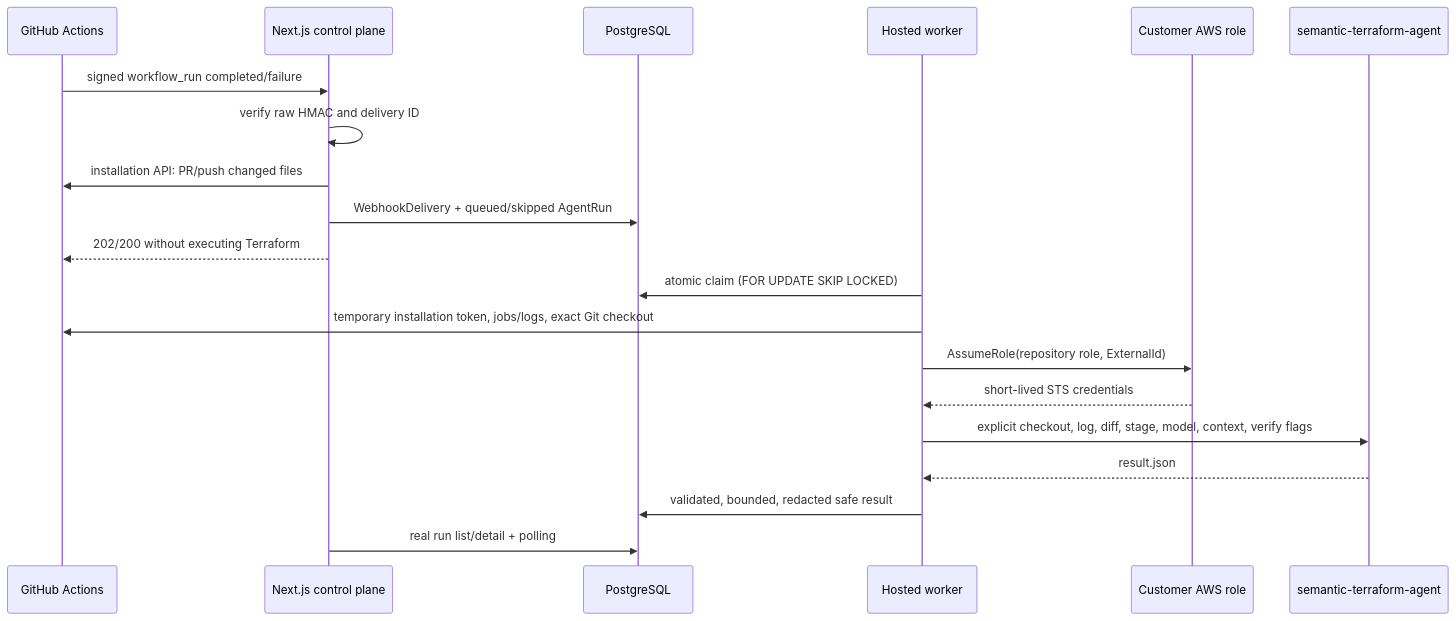
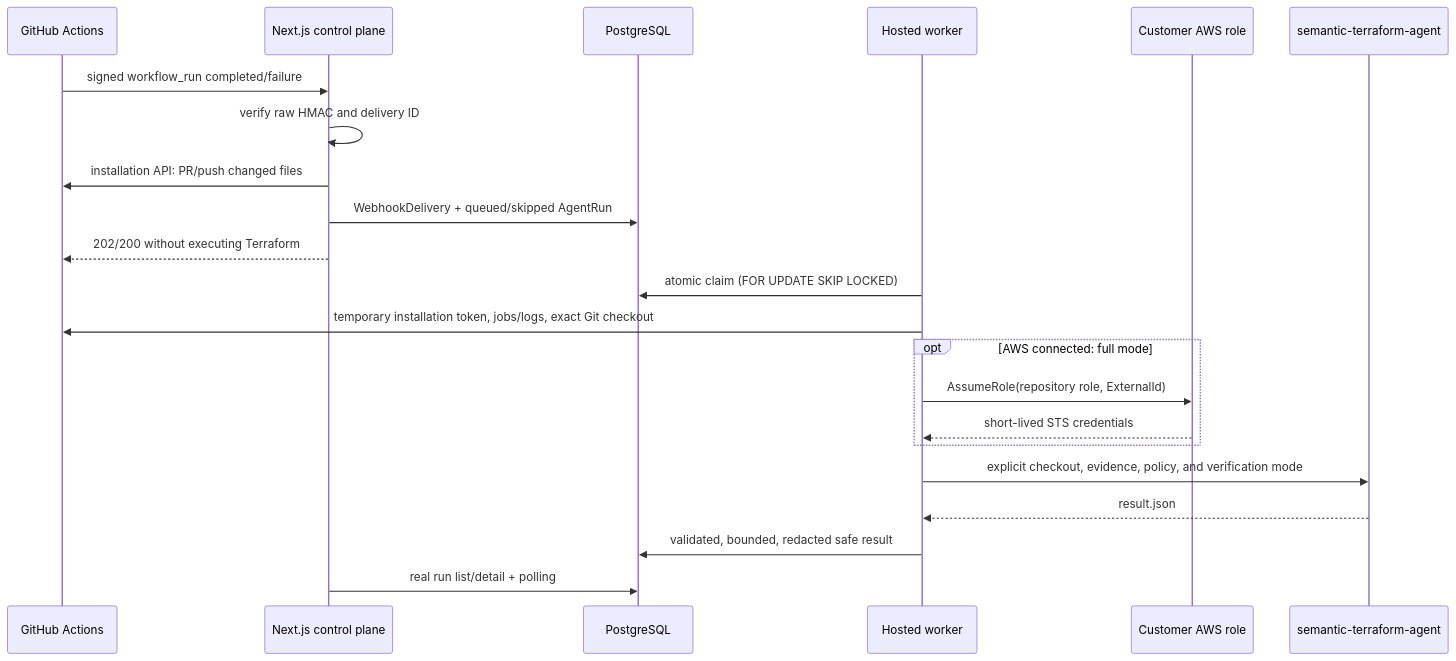
Before and after one commit to JalinaH/semantic-terraform-dashboard: the diagram in docs/hosted-agent-execution.md, drawn with Mermaid. The commit also changed other lines of this file and 58 other files, not shown here.

First line of the commit message:
feat: implement local verification mode and enhance patch application process

````diff
--- a/docs/hosted-agent-execution.md
+++ b/docs/hosted-agent-execution.md
@@ -5,23 +5,25 @@
 ```mermaid
 sequenceDiagram
   participant GH as GitHub Actions
   participant CP as Next.js control plane
   participant DB as PostgreSQL
   participant W as Hosted worker
   participant AWS as Customer AWS role
   participant A as semantic-terraform-agent
 
   GH->>CP: signed workflow_run completed/failure
   CP->>CP: verify raw HMAC and delivery ID
   CP->>GH: installation API: PR/push changed files
   CP->>DB: WebhookDelivery + queued/skipped AgentRun
   CP-->>GH: 202/200 without executing Terraform
   W->>DB: atomic claim (FOR UPDATE SKIP LOCKED)
   W->>GH: temporary installation token, jobs/logs, exact Git checkout
-  W->>AWS: AssumeRole(repository role, ExternalId)
-  AWS-->>W: short-lived STS credentials
-  W->>A: explicit checkout, log, diff, stage, model, context, verify flags
+  opt AWS connected: full mode
+    W->>AWS: AssumeRole(repository role, ExternalId)
+    AWS-->>W: short-lived STS credentials
+  end
+  W->>A: explicit checkout, evidence, policy, and verification mode
   A-->>W: result.json
   W->>DB: validated, bounded, redacted safe result
   CP->>DB: real run list/detail + polling
 ```
````
